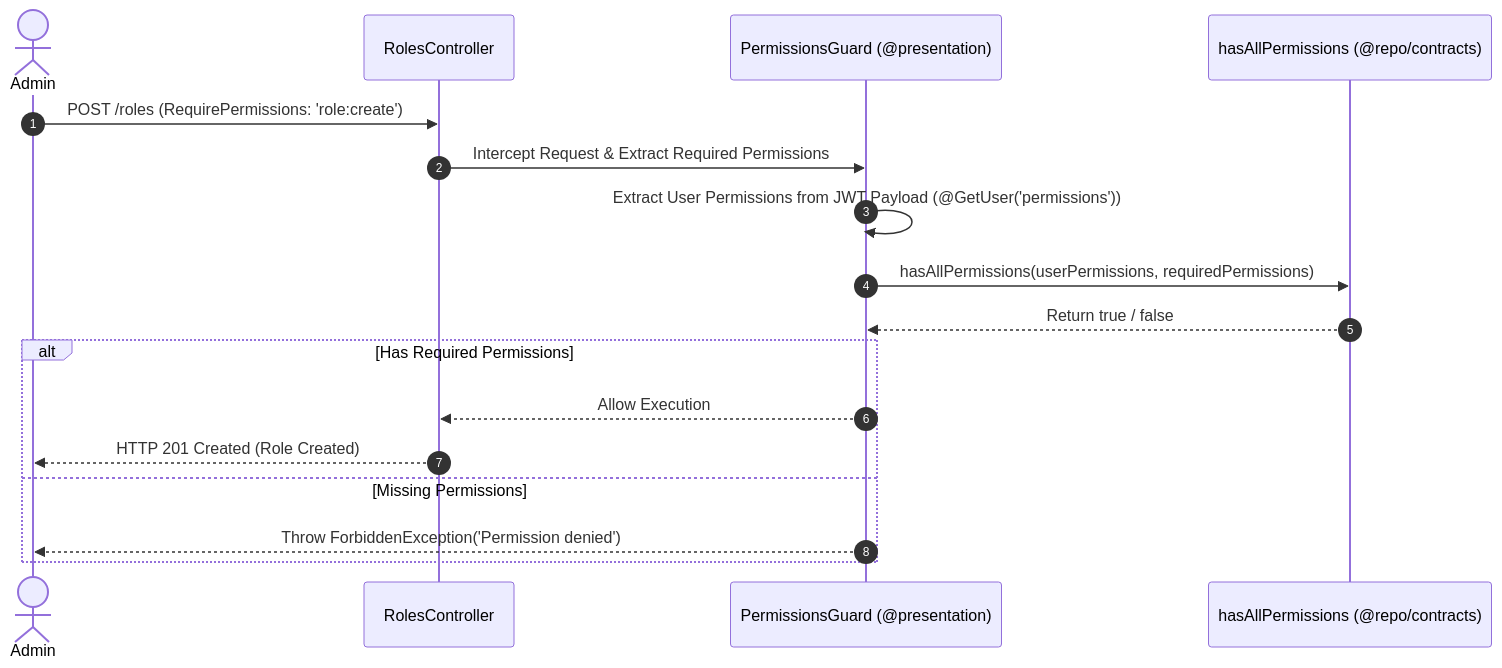
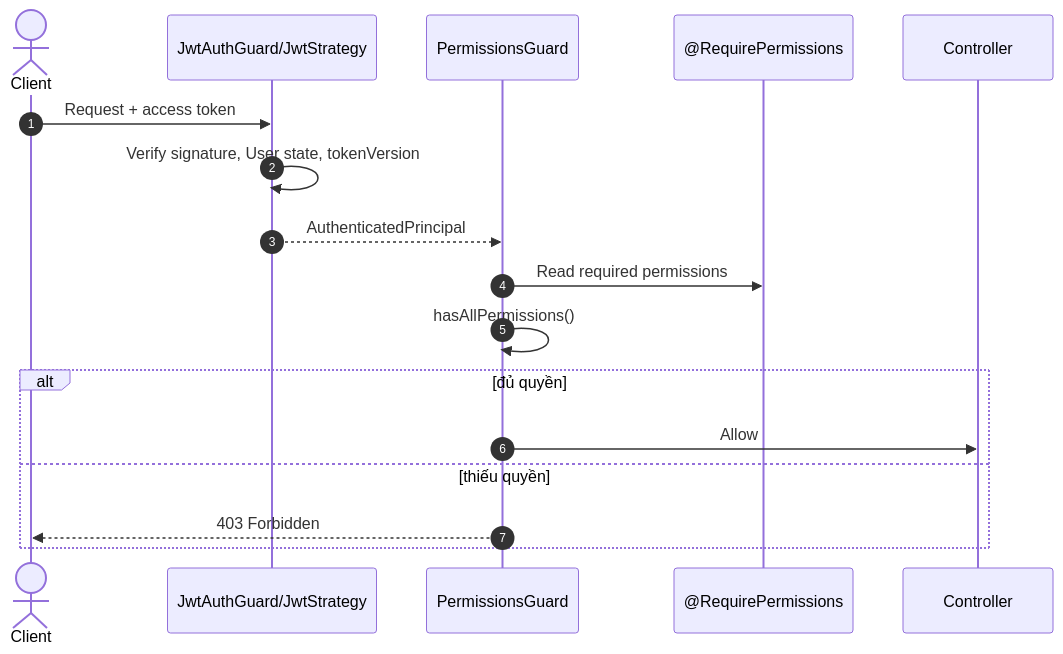
The diagram in apps/server/src/contexts/iam/roles/README.md (8eyond-Infinite/turborepo-advanced-starter), drawn with Mermaid before and after one commit. The commit also changed other lines of this file and 209 other files, not shown here.

````diff
--- a/apps/server/src/contexts/iam/roles/README.md
+++ b/apps/server/src/contexts/iam/roles/README.md
@@ -33,20 +52,20 @@
 ```mermaid
 sequenceDiagram
     autonumber
-    actor Admin
-    participant Ctrl as RolesController
-    participant Guard as PermissionsGuard (@presentation)
-    participant Util as hasAllPermissions (@repo/contracts)
+    actor Client
+    participant JWT as JwtAuthGuard/JwtStrategy
+    participant Guard as PermissionsGuard
+    participant Meta as @RequirePermissions
+    participant Controller
 
-    Admin->>Ctrl: POST /roles (RequirePermissions: 'role:create')
-    Ctrl->>Guard: Intercept Request & Extract Required Permissions
-    Guard->>Guard: Extract User Permissions from JWT Payload (@GetUser('permissions'))
-    Guard->>Util: hasAllPermissions(userPermissions, requiredPermissions)
-    Util-->>Guard: Return true / false
-    alt Has Required Permissions
-        Guard-->>Ctrl: Allow Execution
-        Ctrl-->>Admin: HTTP 201 Created (Role Created)
-    else Missing Permissions
-        Guard-->>Admin: Throw ForbiddenException('Permission denied')
+    Client->>JWT: Request + access token
+    JWT->>JWT: Verify signature, User state, tokenVersion
+    JWT-->>Guard: AuthenticatedPrincipal
+    Guard->>Meta: Read required permissions
+    Guard->>Guard: hasAllPermissions()
+    alt đủ quyền
+        Guard->>Controller: Allow
+    else thiếu quyền
+        Guard-->>Client: 403 Forbidden
     end
 ```
````
